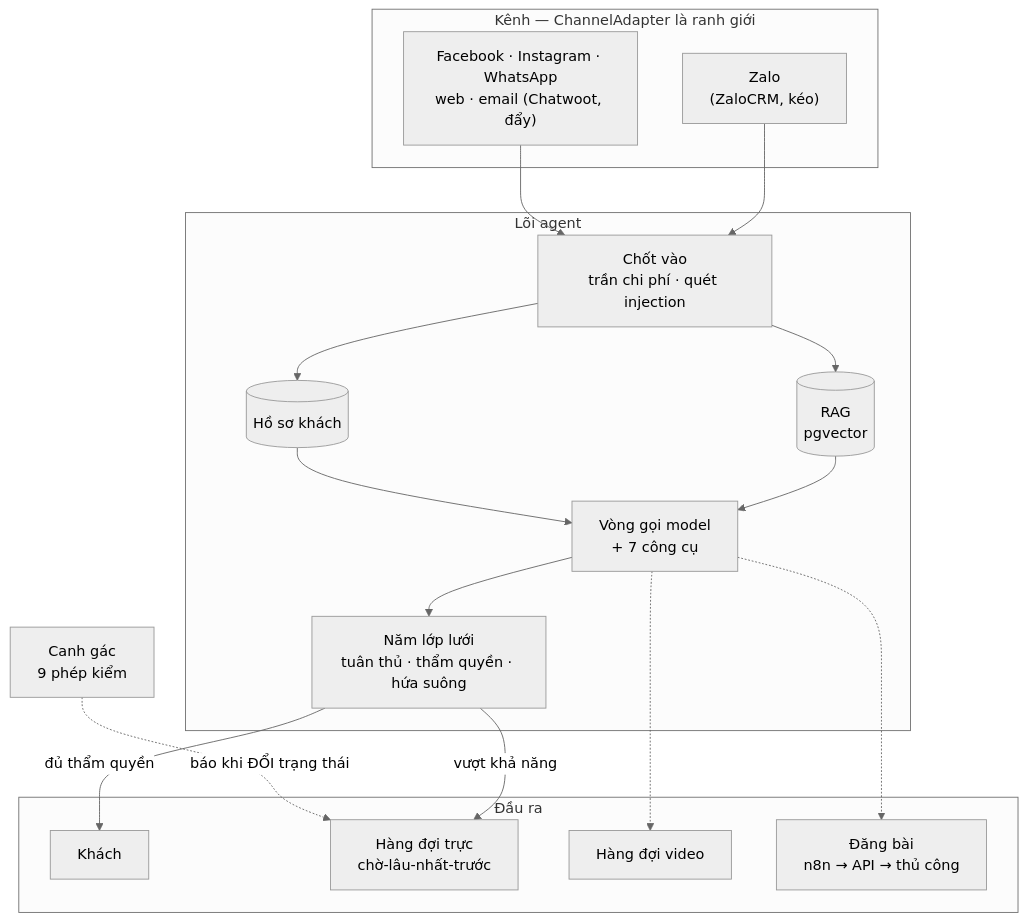
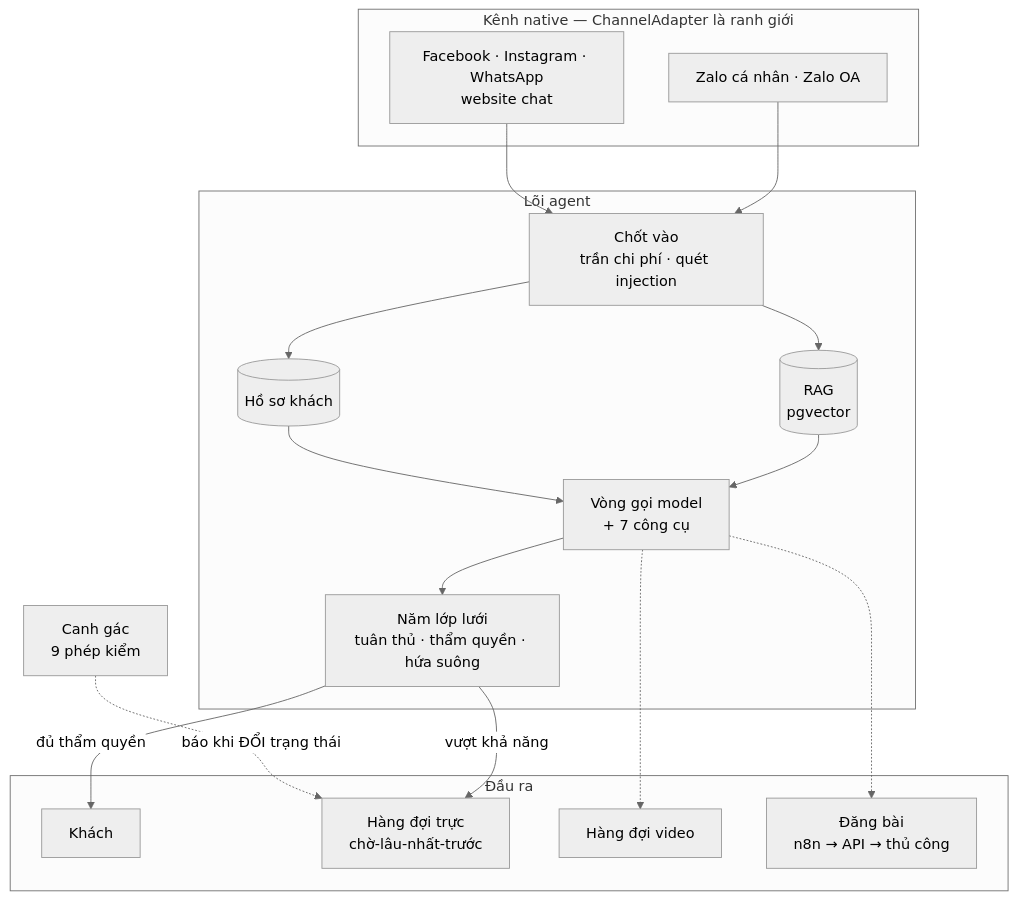
One commit to Harry-Kien/MarketingAgentDashboard changed the first of 4 diagrams in docs/kien-truc.md. Above: the diagram before and after it, drawn with Mermaid (neutral theme). The commit also changed other lines of this file and 198 other files, not shown here.

````diff
--- a/docs/kien-truc.md
+++ b/docs/kien-truc.md
@@ -19,30 +20,30 @@
 ```mermaid
 flowchart TB
-    subgraph kenh["Kênh — ChannelAdapter là ranh giới"]
-        zalo["Zalo<br/>(ZaloCRM, kéo)"]
-        cw["Facebook · Instagram · WhatsApp<br/>web · email (Chatwoot, đẩy)"]
+    subgraph kenh["Kênh native — ChannelAdapter là ranh giới"]
+        zalo["Zalo cá nhân · Zalo OA"]
+        cw["Facebook · Instagram · WhatsApp<br/>website chat"]
     end
 
     subgraph loi["Lõi agent"]
         gac["Chốt vào<br/>trần chi phí · quét injection"]
         rag[("RAG<br/>pgvector")]
         hs[("Hồ sơ khách")]
         llm["Vòng gọi model<br/>+ 7 công cụ"]
         luoi["Năm lớp lưới<br/>tuân thủ · thẩm quyền · hứa suông"]
     end
 
     subgraph ra["Đầu ra"]
         khach["Khách"]
         nguoi["Hàng đợi trực<br/>chờ-lâu-nhất-trước"]
         video["Hàng đợi video"]
         bai["Đăng bài<br/>n8n → API → thủ công"]
     end
 
     zalo & cw --> gac
     gac --> rag & hs --> llm --> luoi
     luoi -->|đủ thẩm quyền| khach
     luoi -->|vượt khả năng| nguoi
     llm -.-> video & bai
 
     canh["Canh gác<br/>9 phép kiểm"] -.->|báo khi ĐỔI trạng thái| nguoi
 ```
````
